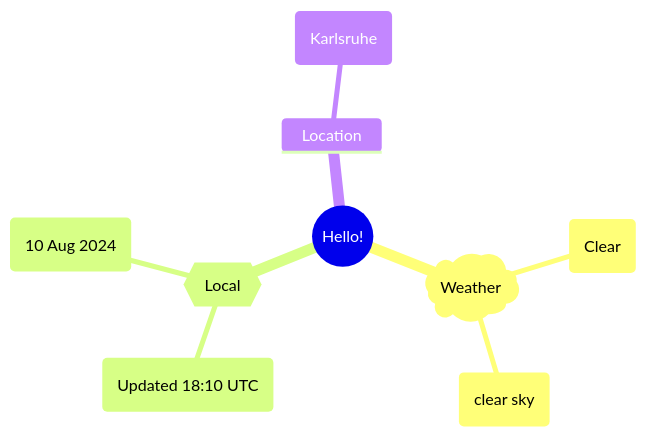
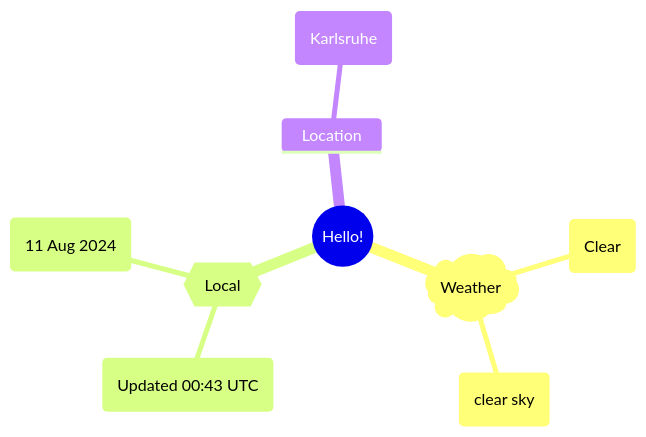
The first of 2 diagrams in README.md (Xosrov/Xosrov), drawn with Mermaid before and after one commit.

Commit message:
[bot] updated images

````diff
--- a/README.md
+++ b/README.md
@@ -3,12 +3,12 @@
 ```mermaid
 mindmap
   root((Hello!))
     )Weather(
         (Clear)
         (clear sky)
     {{Local}}
-        (Updated 18:10 UTC)
-        (10 Aug 2024)
+        (Updated 00:43 UTC)
+        (11 Aug 2024)
     Location
         (Karlsruhe)
 ```
````
